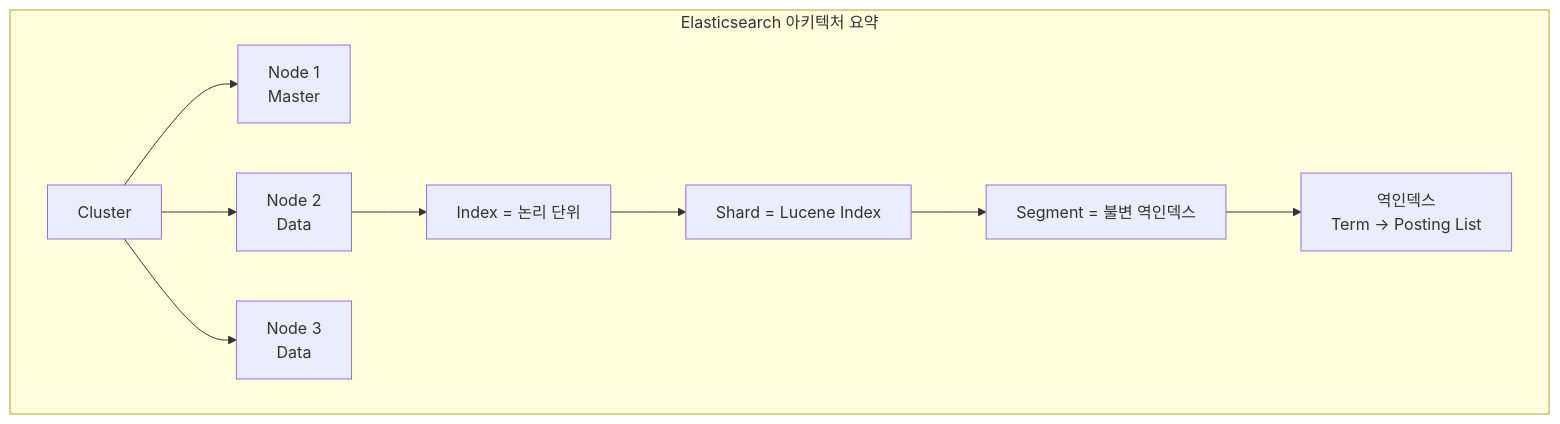
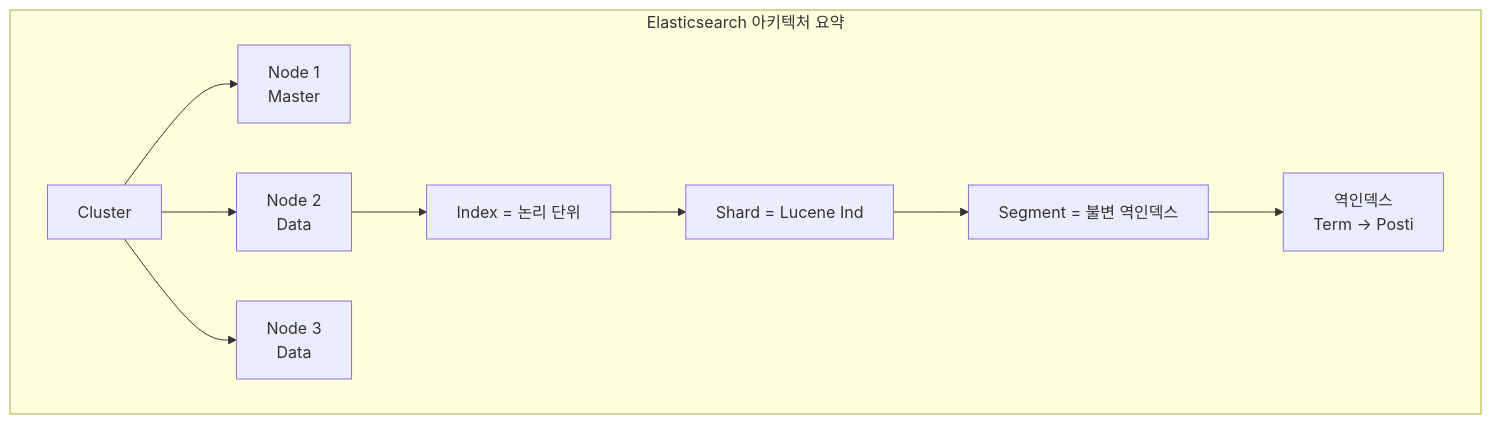
Before and after one commit to yjkim2015/yjkim2015.github.io: the seventh of 7 diagrams in _posts/nosql/2026-05-03-elasticsearch-deep.md, drawn with Mermaid. The commit also changed other lines of this file and 271 other files, not shown here.

First line of the commit message:
Mermaid 라벨 축소: 긴 노드 텍스트 18자 이하로 트림 + \n 제거

````diff
--- a/_posts/nosql/2026-05-03-elasticsearch-deep.md
+++ b/_posts/nosql/2026-05-03-elasticsearch-deep.md
@@ -666,13 +666,13 @@
 ```mermaid
 graph TB
     subgraph "Elasticsearch 아키텍처 요약"
         CL["Cluster"]
         CL --> N1["Node 1\nMaster"]
         CL --> N2["Node 2\nData"]
         CL --> N3["Node 3\nData"]
         N2 --> IDX["Index = 논리 단위"]
-        IDX --> SH["Shard = Lucene Index"]
+        IDX --> SH["Shard = Lucene Ind"]
         SH --> SEG["Segment = 불변 역인덱스"]
-        SEG --> II["역인덱스\nTerm → Posting List"]
+        SEG --> II["역인덱스\nTerm → Posti"]
     end
 ```
````
